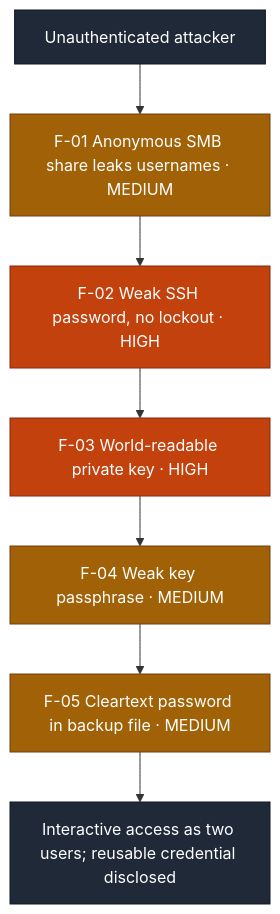
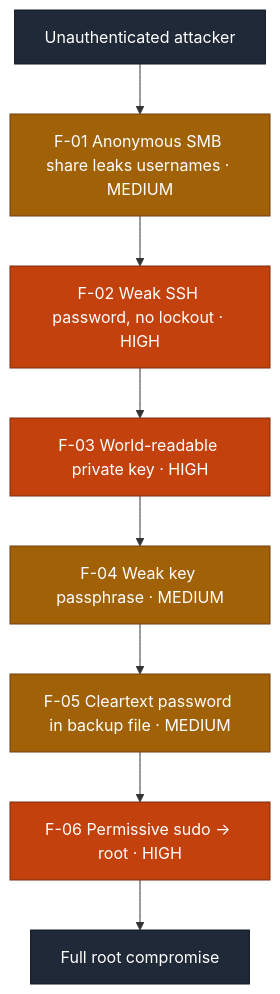
The first of 2 diagrams in reports/smb-to-multiuser-compromise-2026-08.md (ouroboros-white/cybersecurity-portfolio), drawn with Mermaid before and after one commit. The commit also changed other lines of this file and 1 other file, not shown here.

First line of the commit message:
docs: upgrade SMB report to root compromise (F-06, Critical)

````diff
--- a/reports/smb-to-multiuser-compromise-2026-08.md
+++ b/reports/smb-to-multiuser-compromise-2026-08.md
@@ -62,15 +64,16 @@
 ```mermaid
 flowchart TD
     S["Unauthenticated attacker"] --> F1["F-01 Anonymous SMB share leaks usernames · MEDIUM"]
     F1 --> F2["F-02 Weak SSH password, no lockout · HIGH"]
     F2 --> F3["F-03 World-readable private key · HIGH"]
     F3 --> F4["F-04 Weak key passphrase · MEDIUM"]
     F4 --> F5["F-05 Cleartext password in backup file · MEDIUM"]
-    F5 --> R["Interactive access as two users; reusable credential disclosed"]
+    F5 --> F6["F-06 Permissive sudo → root · HIGH"]
+    F6 --> R["Full root compromise"]
     classDef high fill:#c2410c,stroke:#7c2d12,color:#ffffff;
     classDef med fill:#a16207,stroke:#713f12,color:#ffffff;
     classDef term fill:#1f2937,stroke:#111827,color:#ffffff;
-    class F2,F3 high;
+    class F2,F3,F6 high;
     class F1,F4,F5 med;
     class S,R term;
 ```
````
